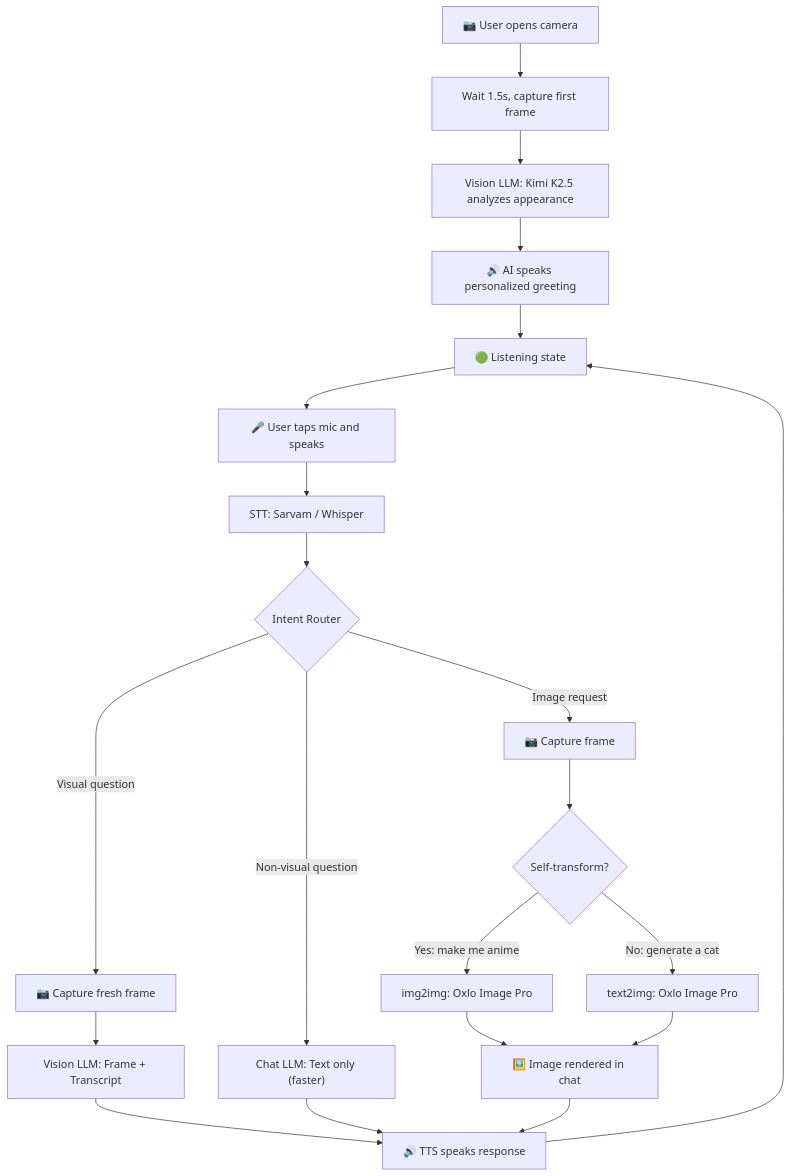
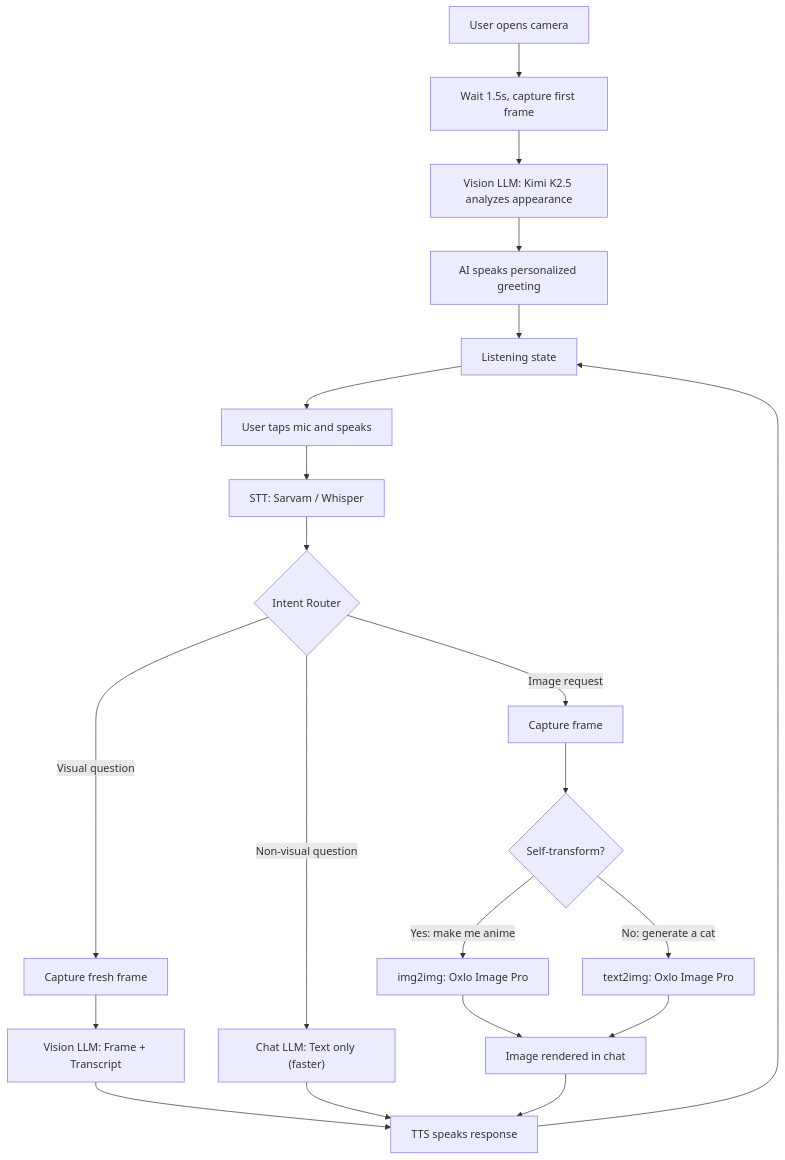
One commit to pavithra-hn/-Oxlo-VoxVision.ai changed the second of 2 diagrams in README.md. Above: the diagram before and after it, drawn with Mermaid. The commit also changed other lines of this file, not shown here.

````diff
--- a/README.md
+++ b/README.md
@@ -87,23 +87,23 @@
 ```mermaid
 flowchart TD
-    A["📷 User opens camera"] --> B["Wait 1.5s, capture first frame"]
+    A["User opens camera"] --> B["Wait 1.5s, capture first frame"]
     B --> C["Vision LLM: Kimi K2.5 analyzes appearance"]
-    C --> D["🔊 AI speaks personalized greeting"]
-    D --> E["🟢 Listening state"]
-    E --> F["🎤 User taps mic and speaks"]
+    C --> D["AI speaks personalized greeting"]
+    D --> E["Listening state"]
+    E --> F["User taps mic and speaks"]
     F --> G["STT: Sarvam / Whisper"]
     G --> H{"Intent Router"}
-    H -->|"Visual question"| I["📷 Capture fresh frame"]
+    H -->|"Visual question"| I["Capture fresh frame"]
     I --> J["Vision LLM: Frame + Transcript"]
     H -->|"Non-visual question"| K["Chat LLM: Text only (faster)"]
-    H -->|"Image request"| L["📷 Capture frame"]
+    H -->|"Image request"| L["Capture frame"]
     L --> M{"Self-transform?"}
     M -->|"Yes: make me anime"| N["img2img: Oxlo Image Pro"]
     M -->|"No: generate a cat"| O["text2img: Oxlo Image Pro"]
-    J --> P["🔊 TTS speaks response"]
+    J --> P["TTS speaks response"]
     K --> P
-    N --> Q["🖼️ Image rendered in chat"]
+    N --> Q["Image rendered in chat"]
     O --> Q
     Q --> P
     P --> E
 ```
````
